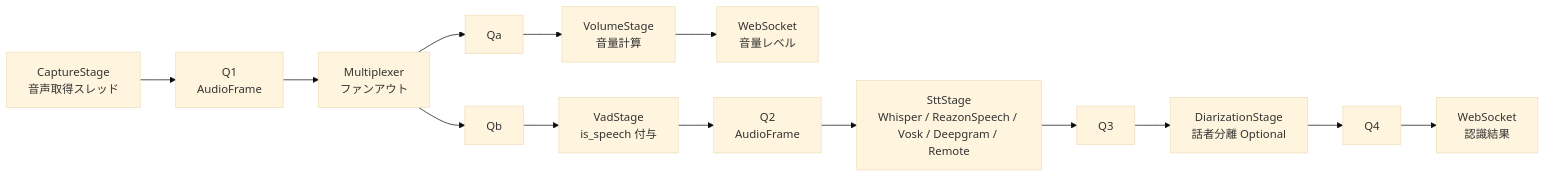
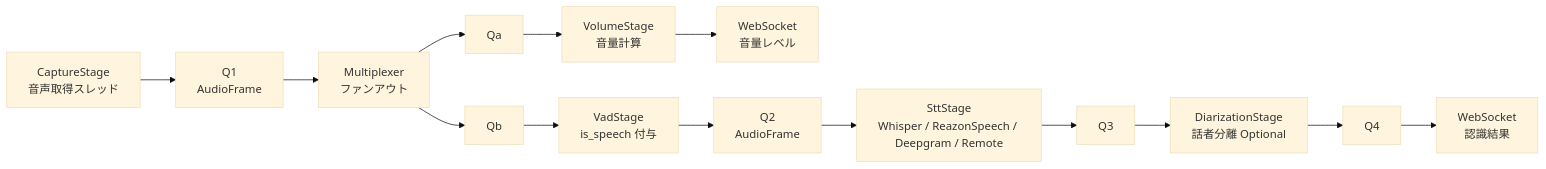
One commit to ouvill/meeting-supporter changed the first of 2 diagrams in doc/adr/002-stt-pipeline-architecture.md. Above: the diagram before and after it, drawn with Mermaid (base theme). The commit also changed other lines of this file and 231 other files, not shown here.

````diff
--- a/doc/adr/002-stt-pipeline-architecture.md
+++ b/doc/adr/002-stt-pipeline-architecture.md
@@ -25,17 +25,17 @@
 ```mermaid
 flowchart LR
     CAP[CaptureStage\n音声取得スレッド]
     CAP --> Q1[Q1\nAudioFrame]
     Q1 --> MUX[Multiplexer\nファンアウト]
     MUX --> Qa[Qa]
     MUX --> Qb[Qb]
     Qa --> VOL[VolumeStage\n音量計算]
     VOL --> WS1[WebSocket\n音量レベル]
     Qb --> VAD[VadStage\nis_speech 付与]
     VAD --> Q2[Q2\nAudioFrame]
-    Q2 --> STT[SttStage\nWhisper / ReazonSpeech / Vosk / Deepgram / Remote]
+    Q2 --> STT[SttStage\nWhisper / ReazonSpeech / Deepgram / Remote]
     STT --> Q3[Q3]
     Q3 --> DIAR[DiarizationStage\n話者分離 Optional]
     DIAR --> Q4[Q4]
     Q4 --> WS2[WebSocket\n認識結果]
 ```
````
